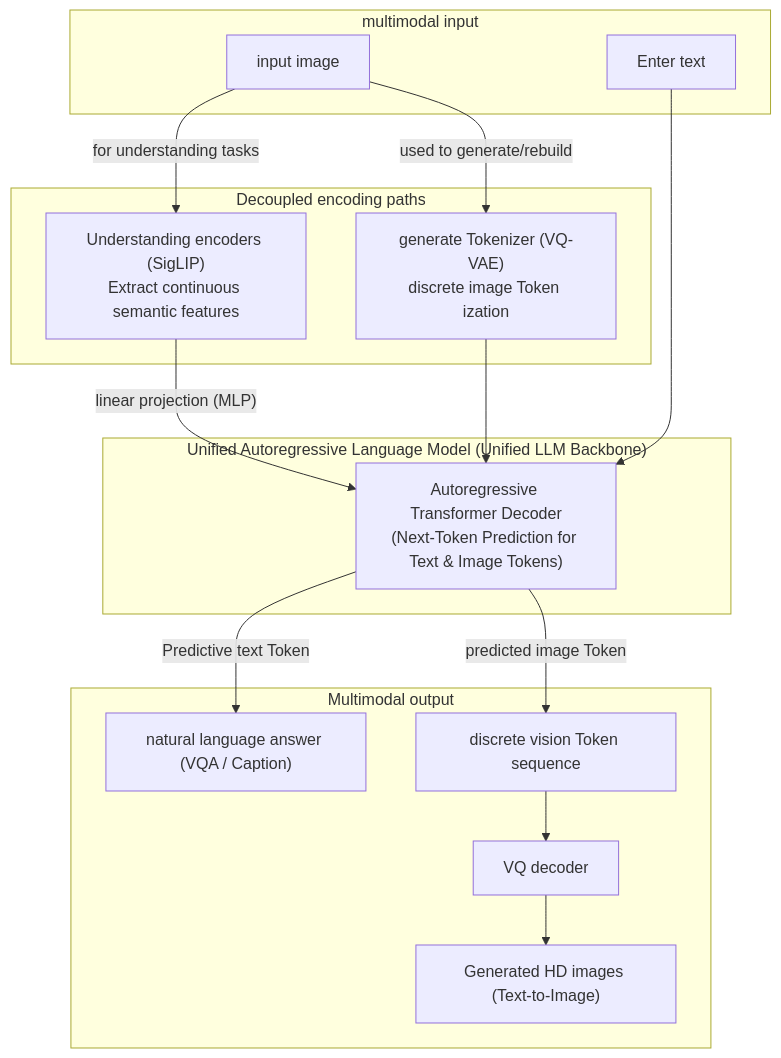
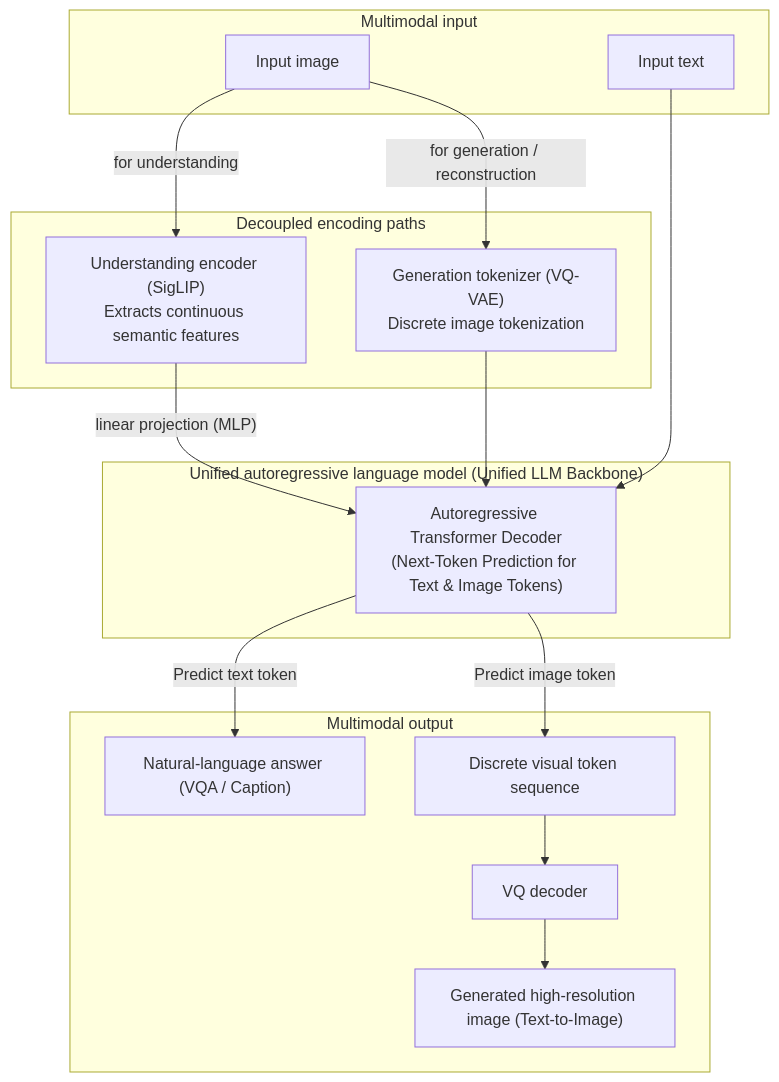
One commit to TingdeLiu/tingdeliu.github.io changed the fourth of 15 diagrams in _translations/en/research/VLM-Survey.md. Above: the diagram before and after it, drawn with Mermaid. The commit also changed other lines of this file and 51 other files, not shown here.

````diff
--- a/_translations/en/research/VLM-Survey.md
+++ b/_translations/en/research/VLM-Survey.md
@@ -511,30 +511,30 @@
 ```mermaid
 flowchart TD
-    subgraph Input ["multimodal input"]
-        ImgIn["input image"]
-        TxtIn["Enter text"]
+    subgraph Input ["Multimodal input"]
+        ImgIn["Input image"]
+        TxtIn["Input text"]
     end
 
     subgraph Encoders ["Decoupled encoding paths"]
-        SigLIP["Understanding encoders (SigLIP)\nExtract continuous semantic features"]
-        VQ["generate Tokenizer (VQ-VAE)\ndiscrete image Token ization"]
+        SigLIP["Understanding encoder (SigLIP)\nExtracts continuous semantic features"]
+        VQ["Generation tokenizer (VQ-VAE)\nDiscrete image tokenization"]
     end
 
-    ImgIn -->|"for understanding tasks"| SigLIP
-    ImgIn -->|"used to generate/rebuild"| VQ
+    ImgIn -->|"for understanding"| SigLIP
+    ImgIn -->|"for generation / reconstruction"| VQ
 
-    subgraph LLM ["Unified Autoregressive Language Model (Unified LLM Backbone)"]
+    subgraph LLM ["Unified autoregressive language model (Unified LLM Backbone)"]
         Dec["Autoregressive Transformer Decoder\n(Next-Token Prediction for Text & Image Tokens)"]
     end
 
     SigLIP -->|"linear projection (MLP)"| Dec
     TxtIn --> Dec
     VQ --> Dec
 
     subgraph Output ["Multimodal output"]
-        Dec -->|"Predictive text Token"| TxtOut["natural language answer (VQA / Caption)"]
-        Dec -->|"predicted image Token"| ImgTokens["discrete vision Token sequence"]
+        Dec -->|"Predict text token"| TxtOut["Natural-language answer (VQA / Caption)"]
+        Dec -->|"Predict image token"| ImgTokens["Discrete visual token sequence"]
         ImgTokens --> VQDec["VQ decoder"]
-        VQDec --> ImgOut["Generated HD images (Text-to-Image)"]
+        VQDec --> ImgOut["Generated high-resolution image (Text-to-Image)"]
     end
 ```
````
